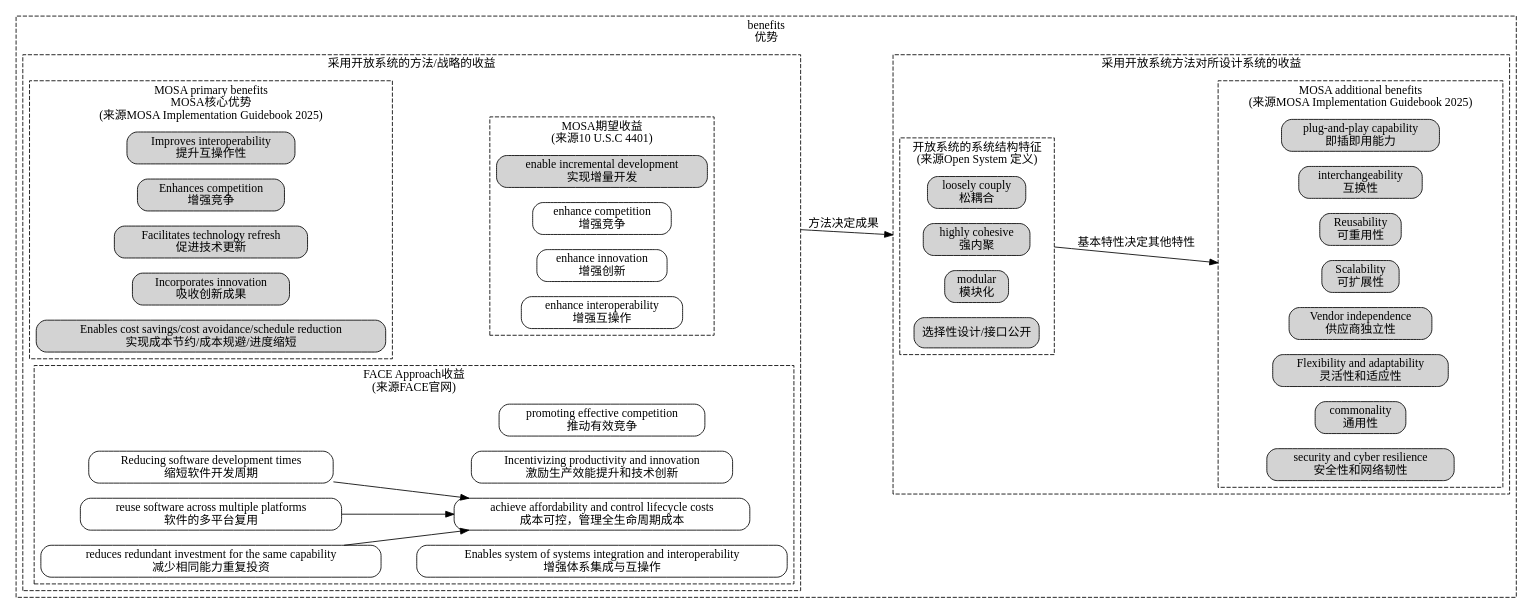
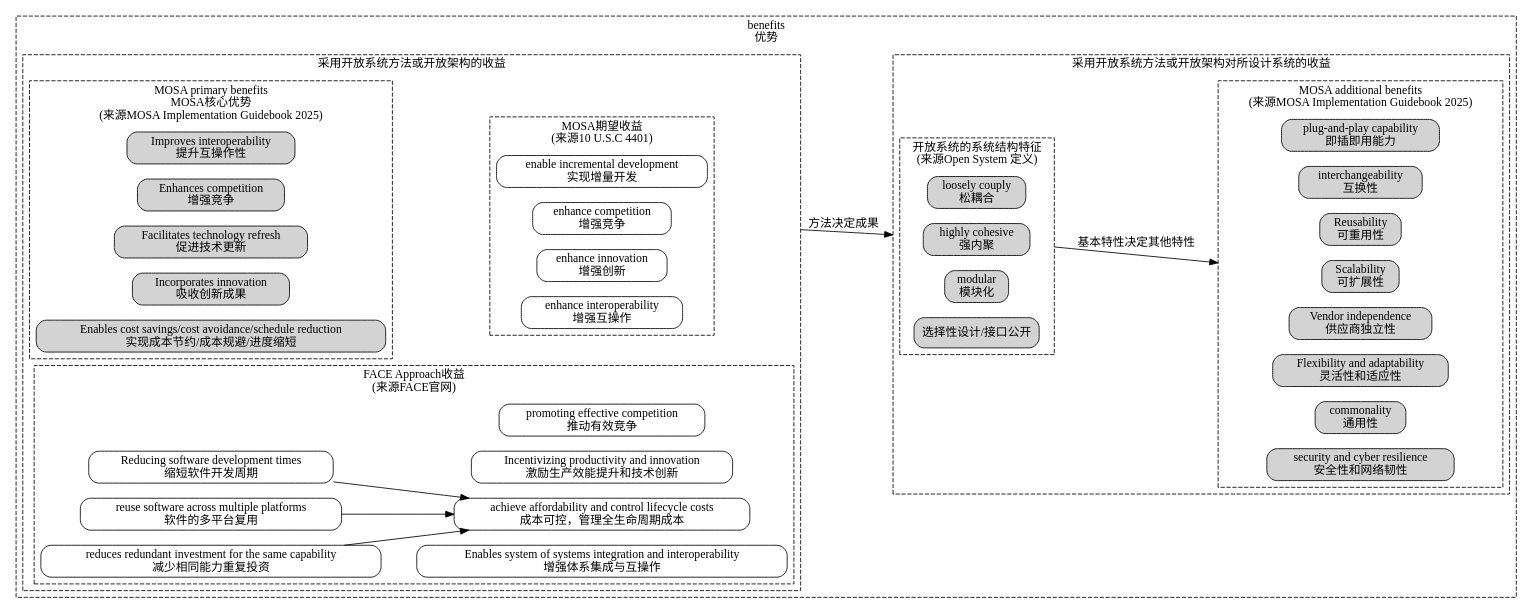
One commit to chaozhang2000/soa changed the diagram in parts/soa_feature_benifits.dot. Above: the diagram before and after it, drawn with Graphviz. The commit also changed 8 other files, not shown here.

```diff
--- a/parts/soa_feature_benifits.dot
+++ b/parts/soa_feature_benifits.dot
@@ -1,72 +1,72 @@
 digraph G {
   graph [rankdir=LR,compound=true];
   node [shape=box, style="rounded,filled"];
 subgraph cluster_MOSA_benefits{
 	label="benefits\n优势"
 	style = dashed;
 subgraph cluster_MOSA_benefits1{
-	label="采用开放系统的方法/战略的收益"
+	label="采用开放系统方法或开放架构的收益"
 	style = dashed;
 	
 	subgraph cluster_MOSA_primary_benefits{
 	label="MOSA primary benefits\nMOSA核心优势\n(来源MOSA Implementation Guidebook 2025)"
 	style = dashed;
 	MOSA_Benefit1[label="Improves interoperability\n提升互操作性"]
 	MOSA_Benefit2[label="Enhances competition\n增强竞争"]
 	MOSA_Benefit3[label="Facilitates technology refresh\n促进技术更新"]
 	MOSA_Benefit4[label="Incorporates innovation\n吸收创新成果"]
 	MOSA_Benefit5[label="Enables cost savings/cost avoidance/schedule reduction\n实现成本节约/成本规避/进度缩短"]
 	}
 subgraph cluster_MOSA_benefits2{
 	label="MOSA期望收益\n(来源10 U.S.C 4401)"
 	style = dashed;
-	MOSA_Benefit14[label="enable incremental development\n实现增量开发"]
+	MOSA_Benefit14[label="enable incremental development\n实现增量开发"color=black,fillcolor=white]
 	MOSA_Benefit15[label="enhance competition\n增强竞争",color=black,fillcolor=white]
 	MOSA_Benefit16[label="enhance innovation\n增强创新",color=black,fillcolor=white]
 	MOSA_Benefit17[label="enhance interoperability\n增强互操作",color=black,fillcolor=white]
 }
 subgraph cluster_FACE_benefits2{
 	label="FACE Approach收益\n(来源FACE官网)"
 	style = dashed;
 	FACE_Benefit0[label="promoting effective competition\n推动有效竞争",color=black,fillcolor=white]
 	FACE_Benefit1[label="achieve affordability and control lifecycle costs\n成本可控，管理全生命周期成本",color=black,fillcolor=white]
 	FACE_Benefit2[label="Incentivizing productivity and innovation\n激励生产效能提升和技术创新",color=black,fillcolor=white]
 	FACE_Benefit3[label="Reducing software development times\n缩短软件开发周期",color=black,fillcolor=white]
 	FACE_Benefit4[label="reuse software across multiple platforms\n软件的多平台复用",color=black,fillcolor=white]
 	FACE_Benefit5[label="reduces redundant investment for the same capability\n减少相同能力重复投资",color=black,fillcolor=white]
 	FACE_Benefit6[label="Enables system of systems integration and interoperability\n增强体系集成与互操作",color=black,fillcolor=white]
 	{rank=same;FACE_Benefit1;FACE_Benefit2;FACE_Benefit6;FACE_Benefit0}
 	FACE_Benefit3->FACE_Benefit1
 	FACE_Benefit4->FACE_Benefit1
 	FACE_Benefit5->FACE_Benefit1
 }
 }
 subgraph cluster_MOSA_system_benefits{
 	style = dashed;
-	label = "采用开放系统方法对所设计系统的收益"
+	label = "采用开放系统方法或开放架构对所设计系统的收益"
 	subgraph cluster_MOSA_additional_benefits{
 	label="MOSA additional benefits\n(来源MOSA Implementation Guidebook 2025)"
 	style = dashed;
 	MOSA_Benefit6[label="plug-and-play capability\n即插即用能力"]
 	MOSA_Benefit7[label="interchangeability\n互换性"]
 	MOSA_Benefit8[label="Reusability\n可重用性"]
 	MOSA_Benefit9[label="Scalability\n可扩展性"]
 	MOSA_Benefit10[label="Vendor independence\n供应商独立性"]
 	MOSA_Benefit11[label="Flexibility and adaptability\n灵活性和适应性"]
 	MOSA_Benefit12[label="commonality\n通用性"]
 	MOSA_Benefit13[label="security and cyber resilience\n安全性和网络韧性"]
 	}
 	subgraph cluster_MOSA_system_benefits1{
 	label="开放系统的系统结构特征\n(来源Open System 定义)"
 	style = dashed;
 	OpenSystem_feature1[label="loosely couply\n松耦合"];
 	OpenSystem_feature2[label="highly cohesive\n强内聚"];
 	OpenSystem_feature3[label="modular\n模块化"];
 	OpenSystem_feature4[label="选择性设计/接口公开"];
 	}
 	OpenSystem_feature2->MOSA_Benefit9[lhead ="cluster_MOSA_additional_benefits",ltail = "cluster_MOSA_system_benefits1",label="基本特性决定其他特性" ]
 }
 }
 MOSA_Benefit15->OpenSystem_feature2[lhead = "cluster_MOSA_system_benefits",ltail = "cluster_MOSA_benefits1",label="方法决定成果"]
 MOSA_Benefit1->MOSA_Benefit14[style=invis]
 }
```
